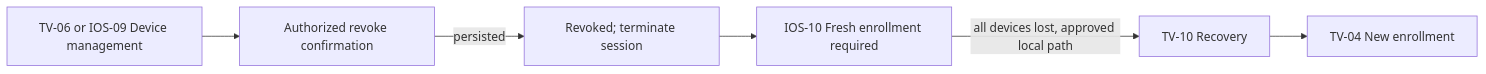
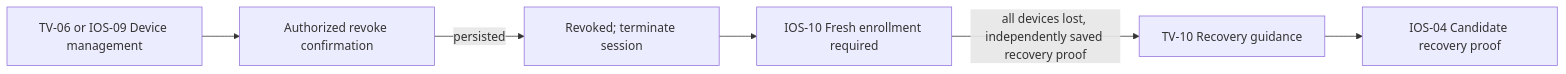
Before and after one commit to zckyachmd/pi-tv: the seventh of 9 diagrams in docs/design/UX_FLOWS.md, drawn with Mermaid. The commit also changed other lines of this file and 318 other files, not shown here.

````diff
--- a/docs/design/UX_FLOWS.md
+++ b/docs/design/UX_FLOWS.md
@@ -83,7 +83,7 @@
 ```mermaid
 flowchart LR
  A[TV-06 or IOS-09 Device management] --> B[Authorized revoke confirmation]
  B -->|persisted| C[Revoked; terminate session]
  C --> D[IOS-10 Fresh enrollment required]
- D -->|all devices lost, approved local path| E[TV-10 Recovery] --> F[TV-04 New enrollment]
+ D -->|all devices lost, independently saved recovery proof| E[TV-10 Recovery guidance] --> F[IOS-04 Candidate recovery proof]
 ```
````
